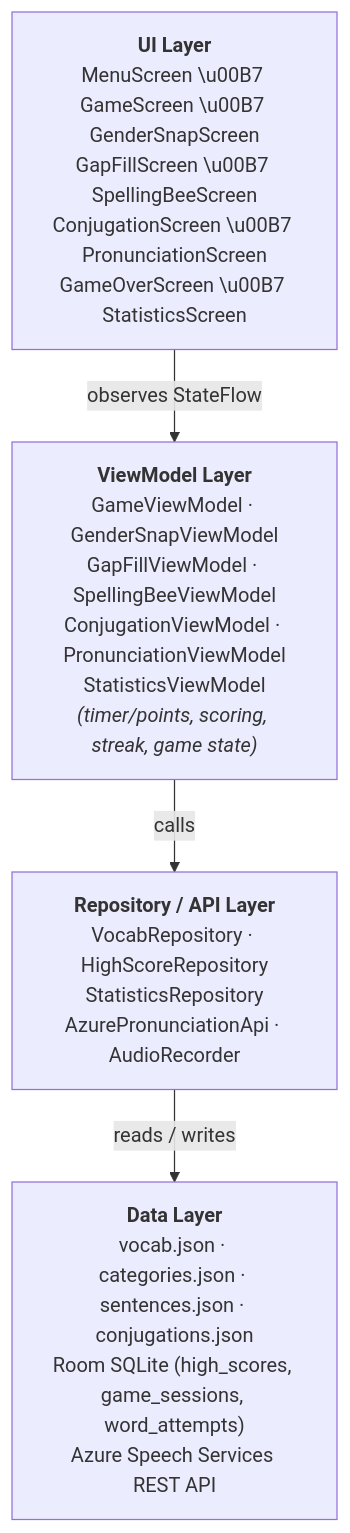
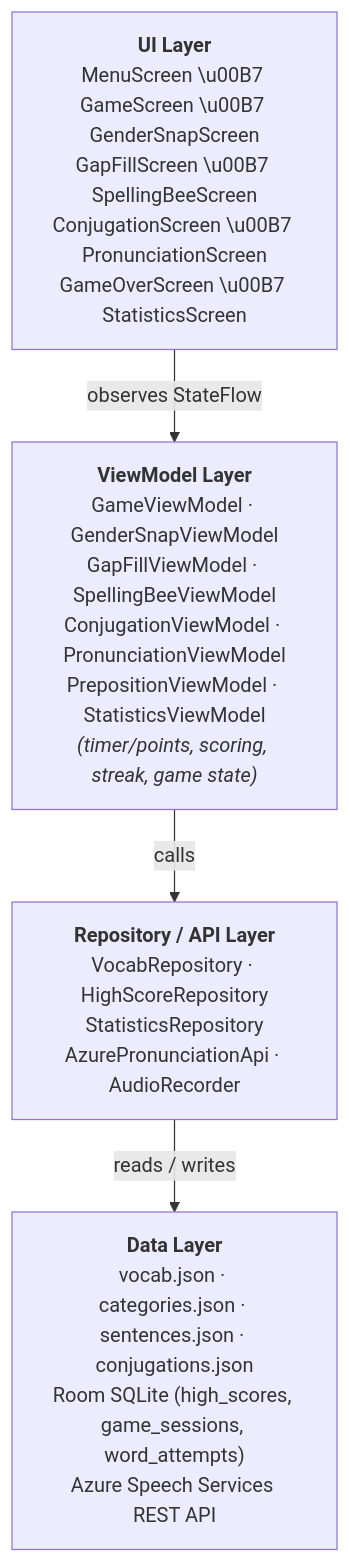
The diagram in README.md (florianow/hubert), drawn with Mermaid before and after one commit. The commit also changed other lines of this file and 10 other files, not shown here.

````diff
--- a/README.md
+++ b/README.md
@@ -329,11 +341,11 @@
 ```mermaid
 graph TD
     UI["<b>UI Layer</b><br/>MenuScreen \u00B7 GameScreen \u00B7 GenderSnapScreen<br/>GapFillScreen \u00B7 SpellingBeeScreen<br/>ConjugationScreen \u00B7 PronunciationScreen<br/>GameOverScreen \u00B7 StatisticsScreen"]
-    VM["<b>ViewModel Layer</b><br/>GameViewModel · GenderSnapViewModel<br/>GapFillViewModel · SpellingBeeViewModel<br/>ConjugationViewModel · PronunciationViewModel<br/>StatisticsViewModel<br/><i>(timer/points, scoring, streak, game state)</i>"]
+    VM["<b>ViewModel Layer</b><br/>GameViewModel · GenderSnapViewModel<br/>GapFillViewModel · SpellingBeeViewModel<br/>ConjugationViewModel · PronunciationViewModel<br/>PrepositionViewModel · StatisticsViewModel<br/><i>(timer/points, scoring, streak, game state)</i>"]
     REPO["<b>Repository / API Layer</b><br/>VocabRepository · HighScoreRepository<br/>StatisticsRepository<br/>AzurePronunciationApi · AudioRecorder"]
     DATA["<b>Data Layer</b><br/>vocab.json · categories.json · sentences.json · conjugations.json<br/>Room SQLite (high_scores, game_sessions, word_attempts)<br/>Azure Speech Services REST API"]
 
     UI -- "observes StateFlow" --> VM
     VM -- "calls" --> REPO
     REPO -- "reads / writes" --> DATA
 ```
````
